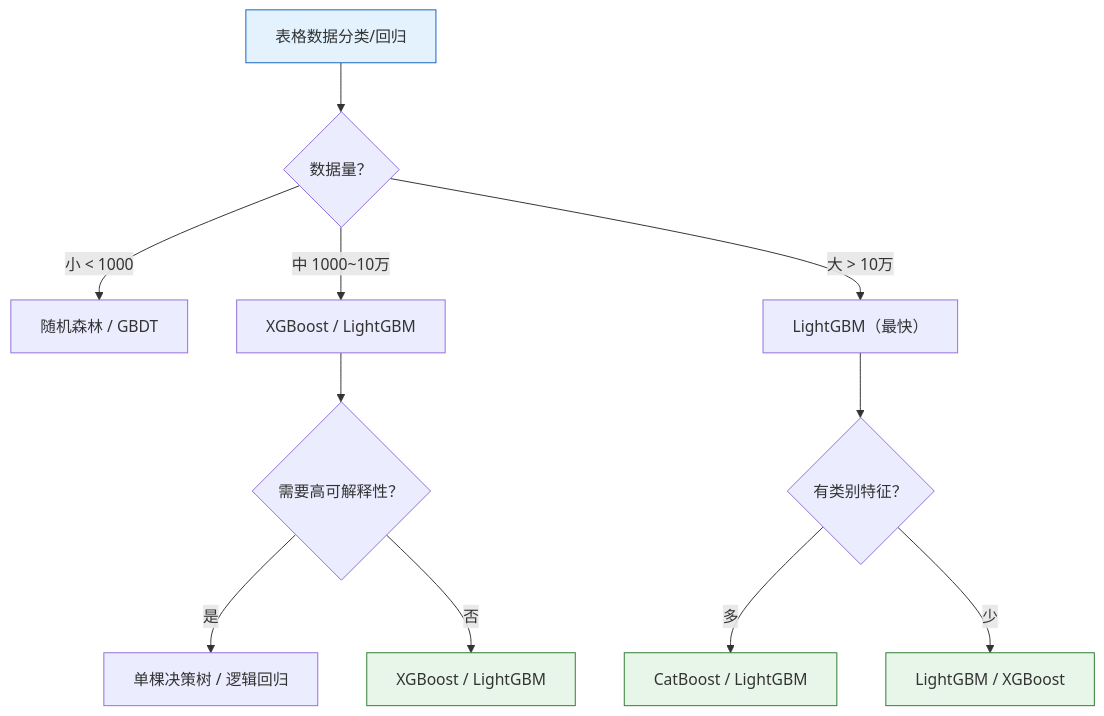
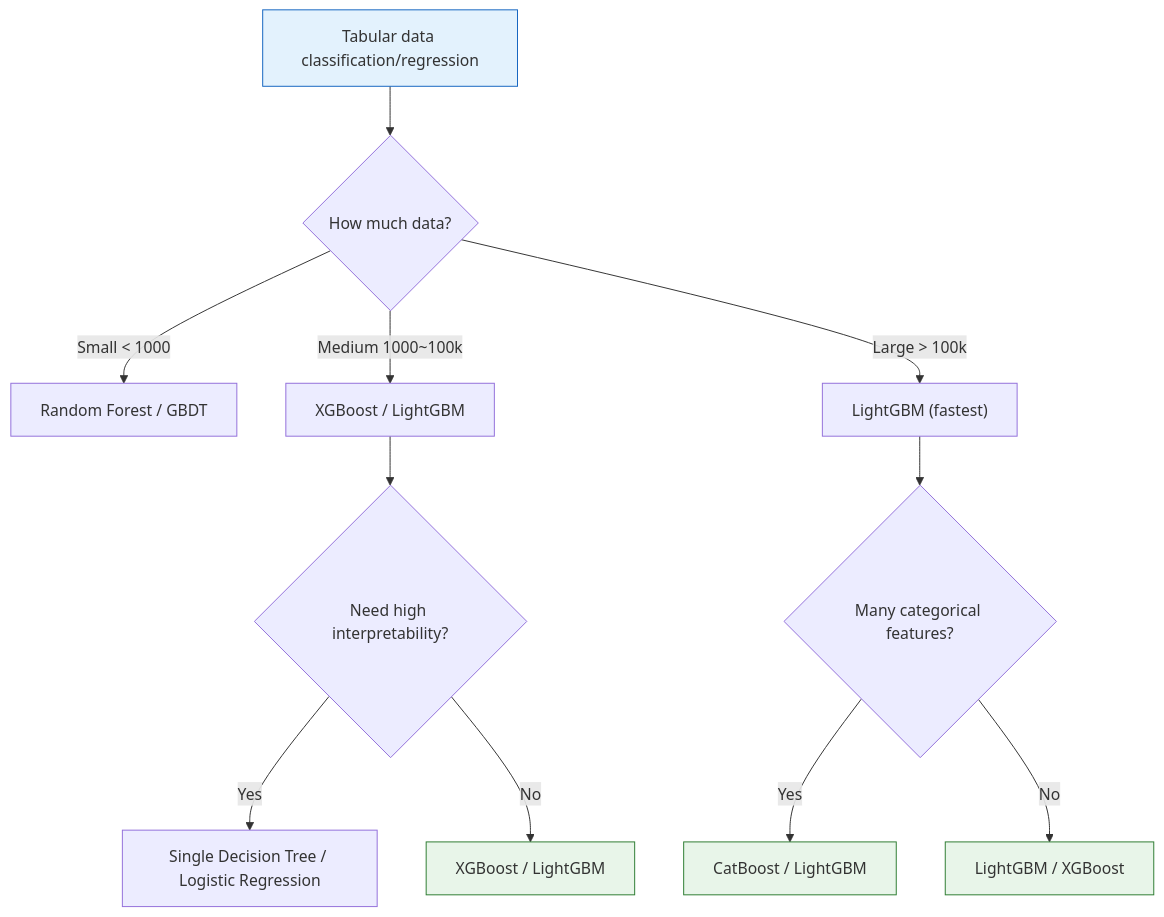
The fifth of 5 diagrams in docs/ch05-machine-learning/ch02-supervised/04-ensemble-learning.md (oudbiao/AI-fullstack-course), drawn with Mermaid before and after one commit. The commit also changed other lines of this file and 1406 other files, not shown here.

````diff
--- a/docs/ch05-machine-learning/ch02-supervised/04-ensemble-learning.md
+++ b/docs/ch05-machine-learning/ch02-supervised/04-ensemble-learning.md
@@ -777,20 +777,20 @@
 ```mermaid
 flowchart TD
-    A["表格数据分类/回归"] --> B{"数据量？"}
-    B -->|"小 < 1000"| C["随机森林 / GBDT"]
-    B -->|"中 1000~10万"| D["XGBoost / LightGBM"]
-    B -->|"大 > 10万"| E["LightGBM（最快）"]
+    A["Tabular data classification/regression"] --> B{"How much data?"}
+    B -->|"Small < 1000"| C["Random Forest / GBDT"]
+    B -->|"Medium 1000~100k"| D["XGBoost / LightGBM"]
+    B -->|"Large > 100k"| E["LightGBM (fastest)"]
 
-    D --> F{"需要高可解释性？"}
-    F -->|"是"| G["单棵决策树 / 逻辑回归"]
-    F -->|"否"| H["XGBoost / LightGBM"]
+    D --> F{"Need high interpretability?"}
+    F -->|"Yes"| G["Single Decision Tree / Logistic Regression"]
+    F -->|"No"| H["XGBoost / LightGBM"]
 
-    E --> I{"有类别特征？"}
-    I -->|"多"| J["CatBoost / LightGBM"]
-    I -->|"少"| K["LightGBM / XGBoost"]
+    E --> I{"Many categorical features?"}
+    I -->|"Yes"| J["CatBoost / LightGBM"]
+    I -->|"No"| K["LightGBM / XGBoost"]
 
     style A fill:#e3f2fd,stroke:#1565c0,color:#333
     style H fill:#e8f5e9,stroke:#2e7d32,color:#333
     style J fill:#e8f5e9,stroke:#2e7d32,color:#333
     style K fill:#e8f5e9,stroke:#2e7d32,color:#333
 ```
````
